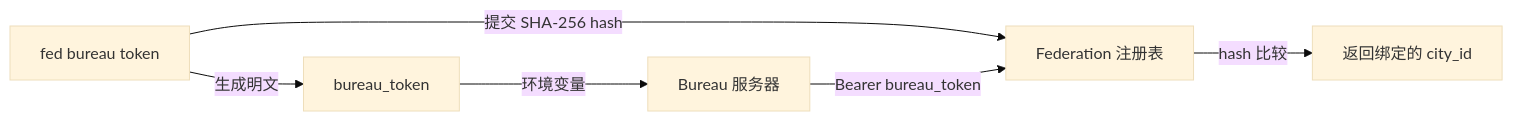
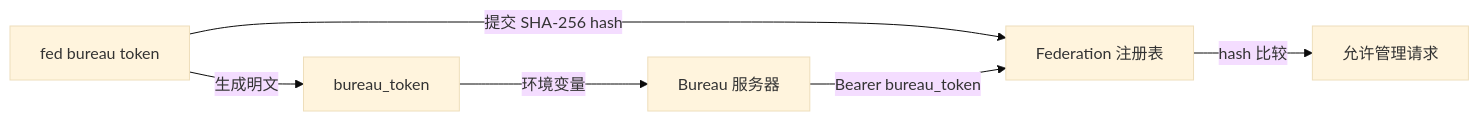
Before and after one commit to wangenius/downcity: the second of 2 diagrams in homepage/content/docs/zh/city/identity.mdx, drawn with Mermaid (base theme). The commit also changed other lines of this file and 57 other files, not shown here.

````diff
--- a/homepage/content/docs/zh/city/identity.mdx
+++ b/homepage/content/docs/zh/city/identity.mdx
@@ -94,8 +104,8 @@
 ```mermaid
 flowchart LR
     CLI["fed bureau token"] -->|"生成明文"| T["bureau_token"]
     CLI -->|"提交 SHA-256 hash"| F["Federation 注册表"]
     T -->|"环境变量"| B["Bureau 服务器"]
     B -->|"Bearer bureau_token"| F
-    F -->|"hash 比较"| X["返回绑定的 city_id"]
+    F -->|"hash 比较"| X["允许管理请求"]
 ```
````
